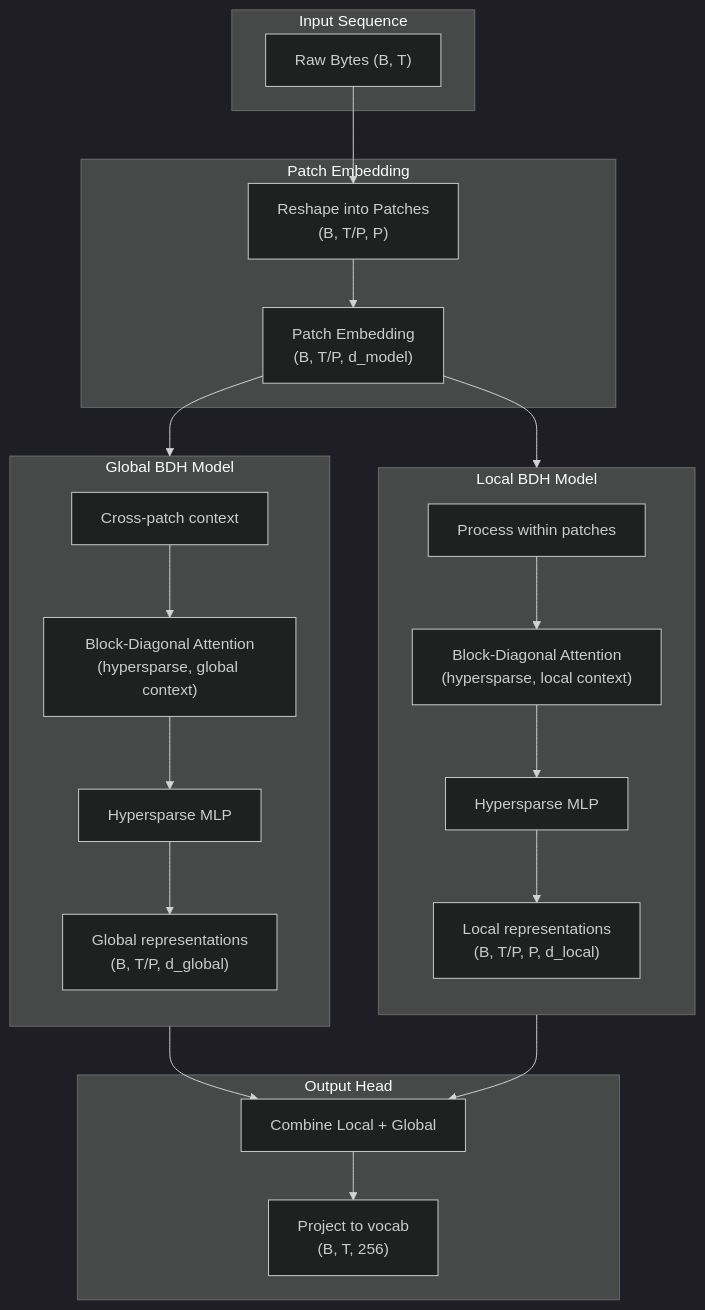
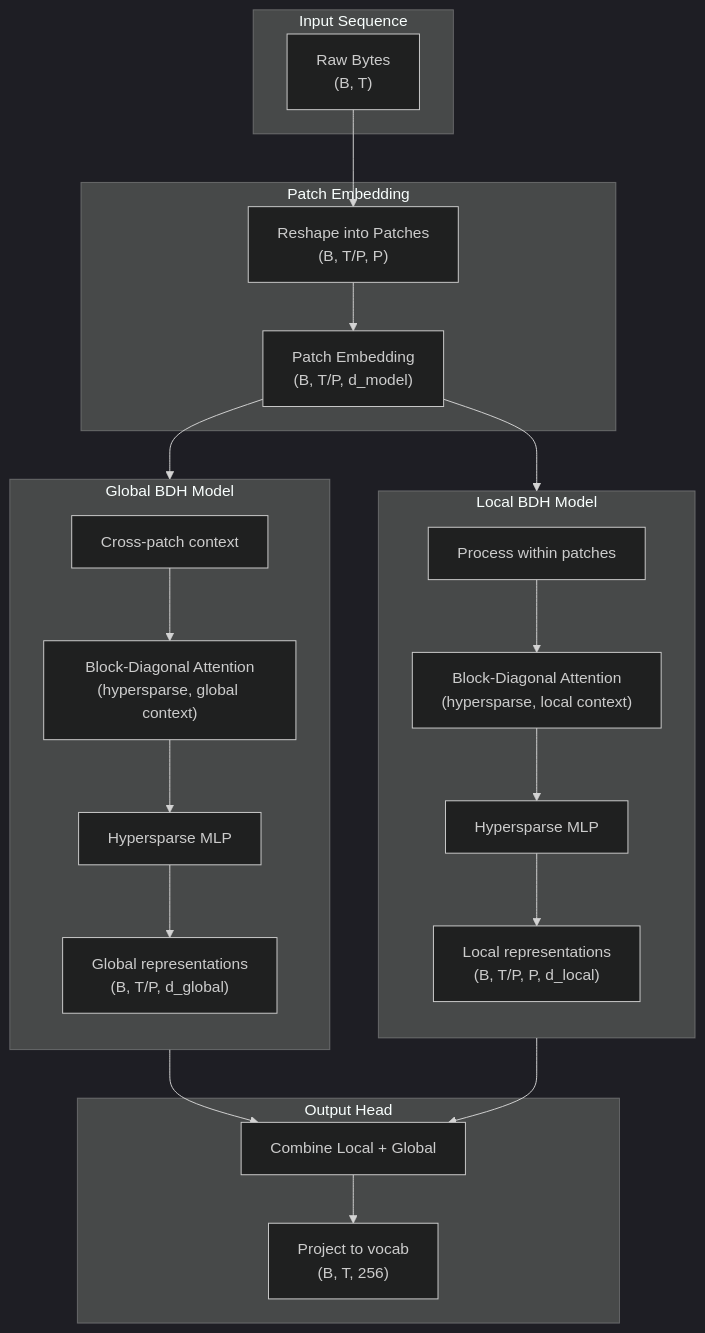
Before and after one commit to newsbubbles/bdh: the diagram in notebooks/README.md, drawn with Mermaid (dark theme).

Commit message:
Fix mermaid diagram line breaks for GitHub renderer
Replace \n with <br/> for proper rendering in GitHub markdown

````diff
--- a/notebooks/README.md
+++ b/notebooks/README.md
@@ -13,39 +13,39 @@
 ```mermaid
 flowchart TB
     subgraph Input["Input Sequence"]
-        bytes["Raw Bytes (B, T)"]
+        bytes["Raw Bytes<br/>(B, T)"]
     end
     
     subgraph Patching["Patch Embedding"]
-        reshape["Reshape into Patches\n(B, T/P, P)"]
-        patch_emb["Patch Embedding\n(B, T/P, d_model)"]
+        reshape["Reshape into Patches<br/>(B, T/P, P)"]
+        patch_emb["Patch Embedding<br/>(B, T/P, d_model)"]
     end
     
     subgraph Local["Local BDH Model"]
         direction TB
         local_in["Process within patches"]
-        local_attn["Block-Diagonal Attention\n(hypersparse, local context)"]
+        local_attn["Block-Diagonal Attention<br/>(hypersparse, local context)"]
         local_mlp["Hypersparse MLP"]
-        local_out["Local representations\n(B, T/P, P, d_local)"]
+        local_out["Local representations<br/>(B, T/P, P, d_local)"]
     end
     
     subgraph Global["Global BDH Model"]
         direction TB
         global_in["Cross-patch context"]
-        global_attn["Block-Diagonal Attention\n(hypersparse, global context)"]
+        global_attn["Block-Diagonal Attention<br/>(hypersparse, global context)"]
         global_mlp["Hypersparse MLP"]
-        global_out["Global representations\n(B, T/P, d_global)"]
+        global_out["Global representations<br/>(B, T/P, d_global)"]
     end
     
     subgraph Output["Output Head"]
         combine["Combine Local + Global"]
-        proj["Project to vocab\n(B, T, 256)"]
+        proj["Project to vocab<br/>(B, T, 256)"]
     end
     
     bytes --> reshape --> patch_emb
     patch_emb --> local_in --> local_attn --> local_mlp --> local_out
     patch_emb --> global_in --> global_attn --> global_mlp --> global_out
     local_out --> combine
     global_out --> combine
     combine --> proj
 ```
````
